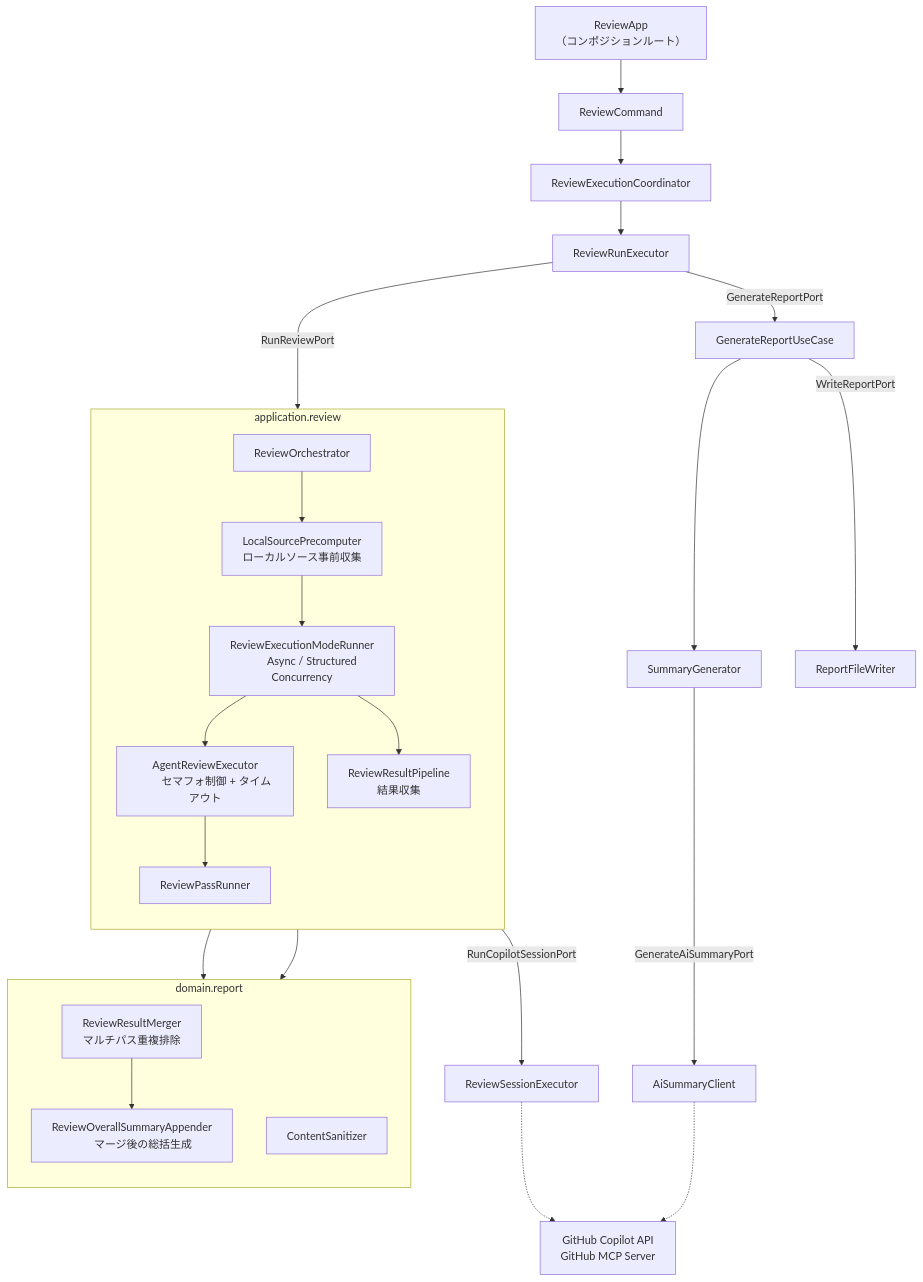
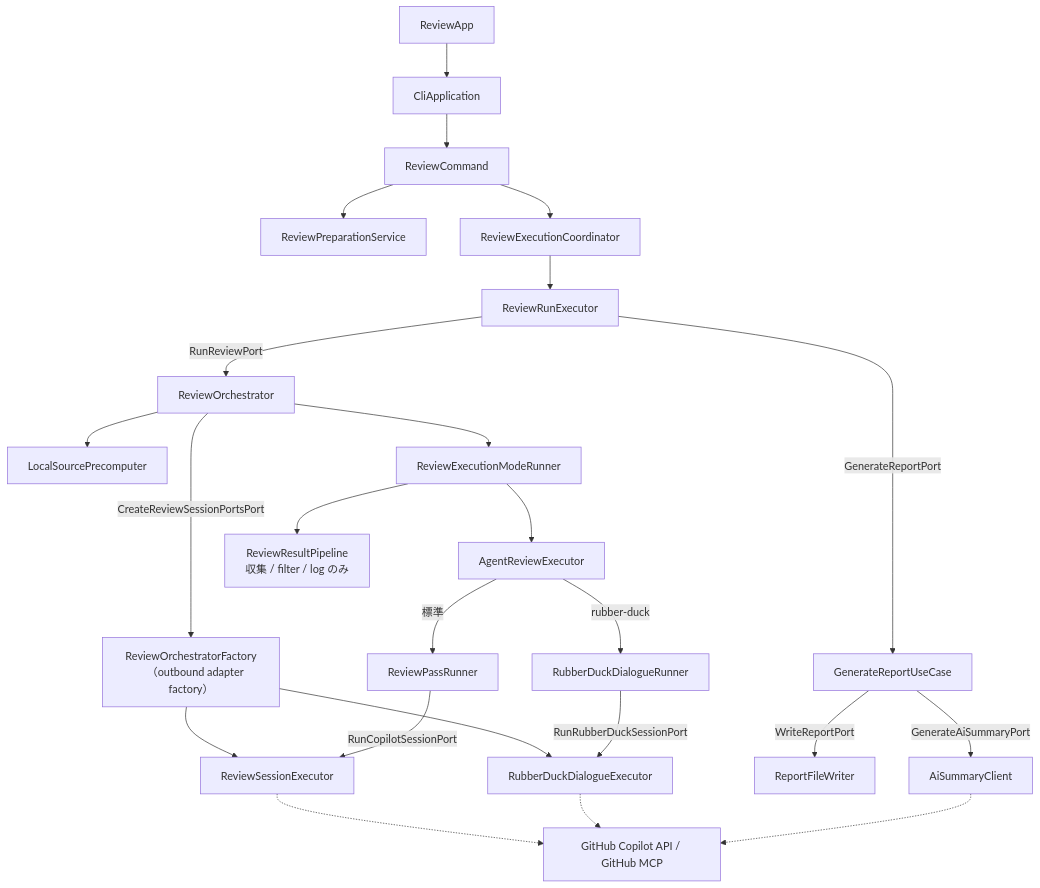
One commit to anishi1222/multi-agent-code-reviewer changed the second of 2 diagrams in README_ja.md. Above: the diagram before and after it, drawn with Mermaid. The commit also changed other lines of this file and 261 other files, not shown here.

First line of the commit message:
anishi1222 layered architecture rebuild (#251)

````diff
--- a/README_ja.md
+++ b/README_ja.md
@@ -886,45 +933,31 @@
 ```mermaid
 flowchart TB
-    ReviewApp["ReviewApp
-    （コンポジションルート）"] --> ReviewCommand
+    ReviewApp --> CliApplication
+    CliApplication --> ReviewCommand
+    ReviewCommand --> ReviewPreparationService
     ReviewCommand --> ReviewExecutionCoordinator
     ReviewExecutionCoordinator --> ReviewRunExecutor
 
     ReviewRunExecutor -->|RunReviewPort| ReviewOrchestrator
+    ReviewOrchestrator --> LocalSourcePrecomputer
+    ReviewOrchestrator -->|CreateReviewSessionPortsPort| SessionFactory["ReviewOrchestratorFactory
+    （outbound adapter factory）"]
+    ReviewOrchestrator --> ReviewExecutionModeRunner
+    ReviewExecutionModeRunner --> AgentReviewExecutor
+    AgentReviewExecutor -->|標準| ReviewPassRunner
+    AgentReviewExecutor -->|rubber-duck| RubberDuckDialogueRunner
+    ReviewExecutionModeRunner --> ReviewResultPipeline["ReviewResultPipeline
+    収集 / filter / log のみ"]
 
-    subgraph APP["application.review"]
-        direction TB
-        ReviewOrchestrator --> LocalSourcePrecomputer["LocalSourcePrecomputer
-        ローカルソース事前収集"]
-        LocalSourcePrecomputer --> ReviewExecutionModeRunner["ReviewExecutionModeRunner
-        Async / Structured Concurrency"]
-        ReviewExecutionModeRunner --> AgentReviewExecutor["AgentReviewExecutor
-        セマフォ制御 + タイムアウト"]
-        AgentReviewExecutor --> ReviewPassRunner
-        ReviewExecutionModeRunner --> ReviewResultPipeline["ReviewResultPipeline
-        結果収集"]
-    end
-
-    subgraph DOM["domain.report"]
-        direction TB
-        ReviewResultMerger["ReviewResultMerger
-        マルチパス重複排除"]
-        ReviewOverallSummaryAppender["ReviewOverallSummaryAppender
-        マージ後の総括生成"]
-        ContentSanitizer
-    end
-
+    SessionFactory --> ReviewSessionExecutor
+    SessionFactory --> RubberDuckDialogueExecutor
     ReviewPassRunner -->|RunCopilotSessionPort| ReviewSessionExecutor
-    ReviewPassRunner --> ContentSanitizer
-    ReviewResultPipeline --> ReviewResultMerger
-    ReviewResultMerger --> ReviewOverallSummaryAppender
+    RubberDuckDialogueRunner -->|RunRubberDuckSessionPort| RubberDuckDialogueExecutor
 
     ReviewRunExecutor -->|GenerateReportPort| GenerateReportUseCase
-    GenerateReportUseCase --> SummaryGenerator
     GenerateReportUseCase -->|WriteReportPort| ReportFileWriter
-    SummaryGenerator -->|GenerateAiSummaryPort| AiSummaryClient
-
-    ReviewSessionExecutor -.-> Ext["GitHub Copilot API
-    GitHub MCP Server"]
+    GenerateReportUseCase -->|GenerateAiSummaryPort| AiSummaryClient
+    ReviewSessionExecutor -.-> Ext["GitHub Copilot API / GitHub MCP"]
+    RubberDuckDialogueExecutor -.-> Ext
     AiSummaryClient -.-> Ext
 ```
````
